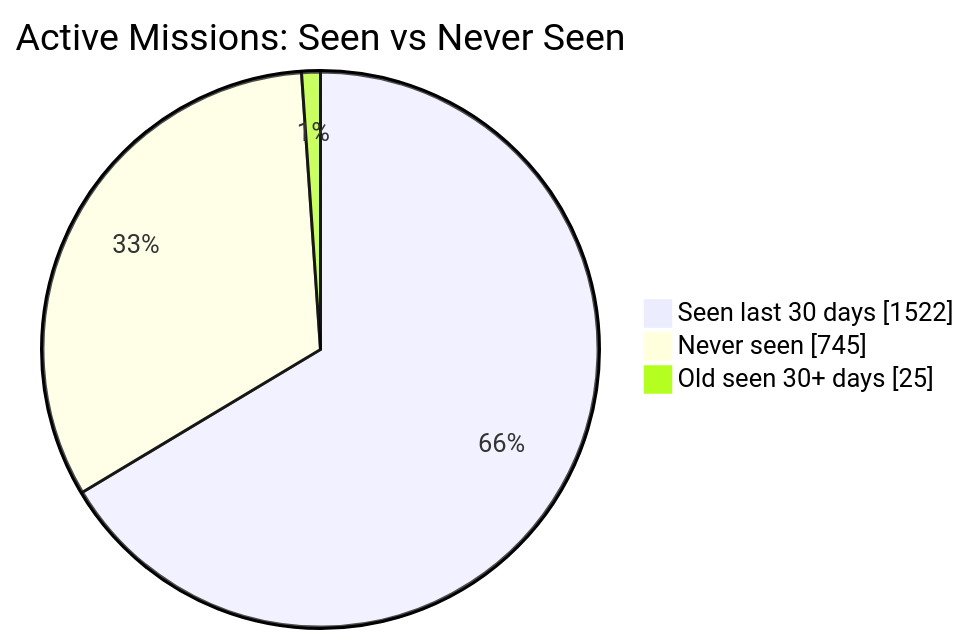
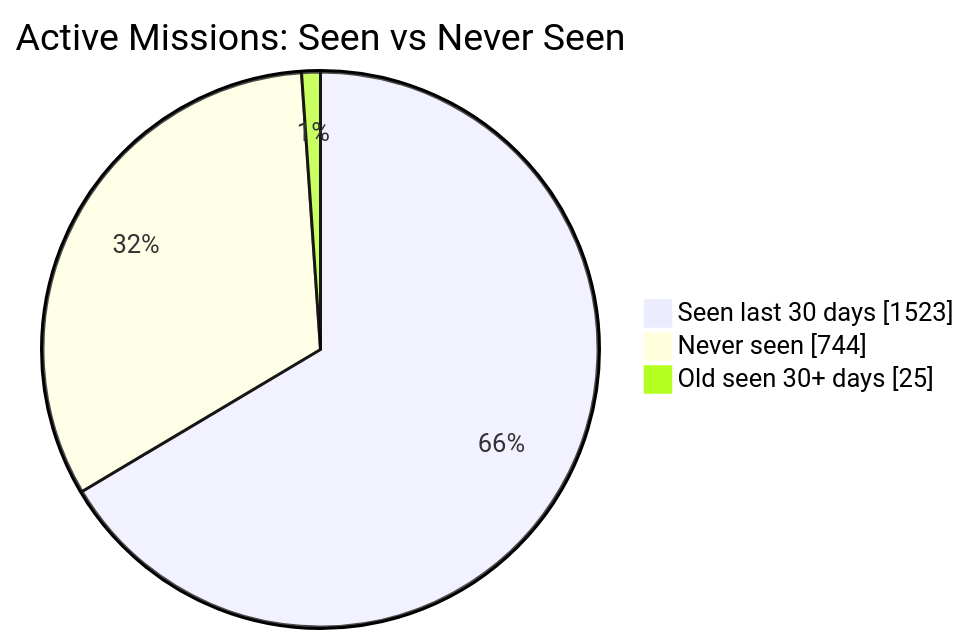
Before and after one commit to MeldkamerspelGameTeam/active-missions: the first of 2 diagrams in README.md, drawn with Mermaid. The commit also changed other lines of this file and 2 other files, not shown here.

````diff
--- a/README.md
+++ b/README.md
@@ -34,7 +34,7 @@
 ```mermaid
 pie showData
     title Active Missions: Seen vs Never Seen
-    "Seen last 30 days" : 1522
-    "Never seen" : 745
+    "Seen last 30 days" : 1523
+    "Never seen" : 744
     "Old seen 30+ days" : 25
 ```
````
